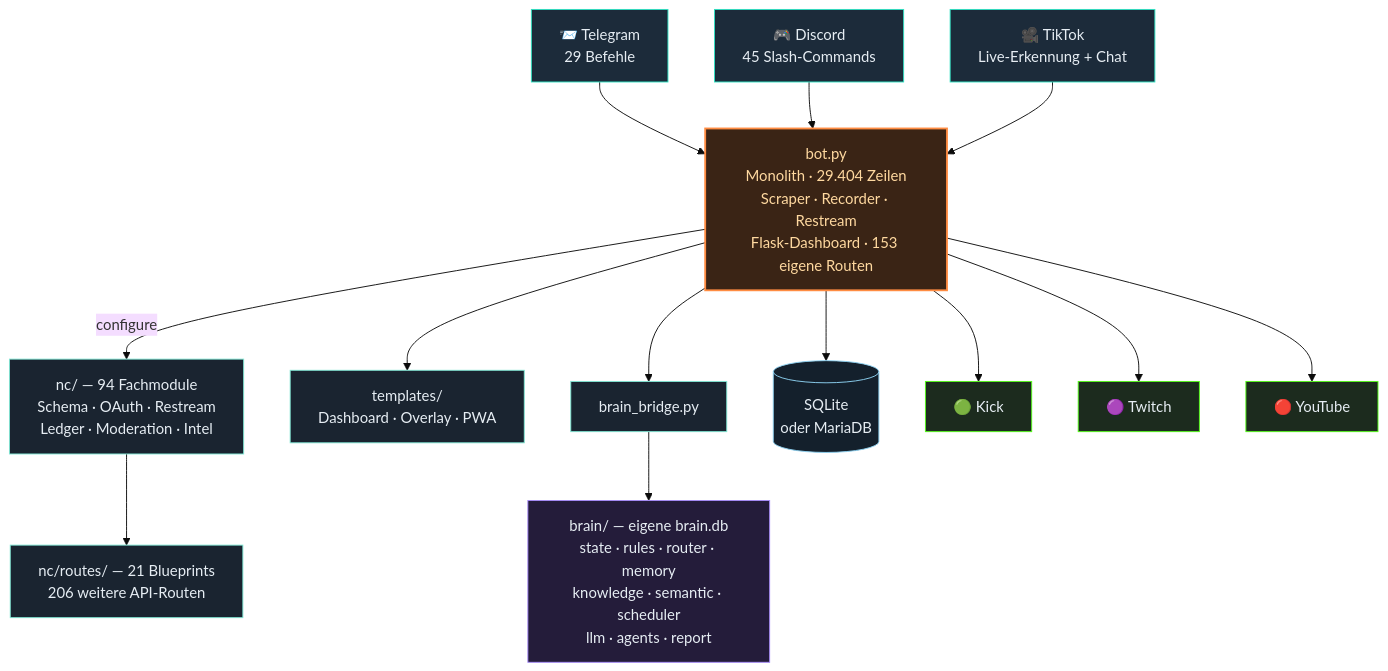
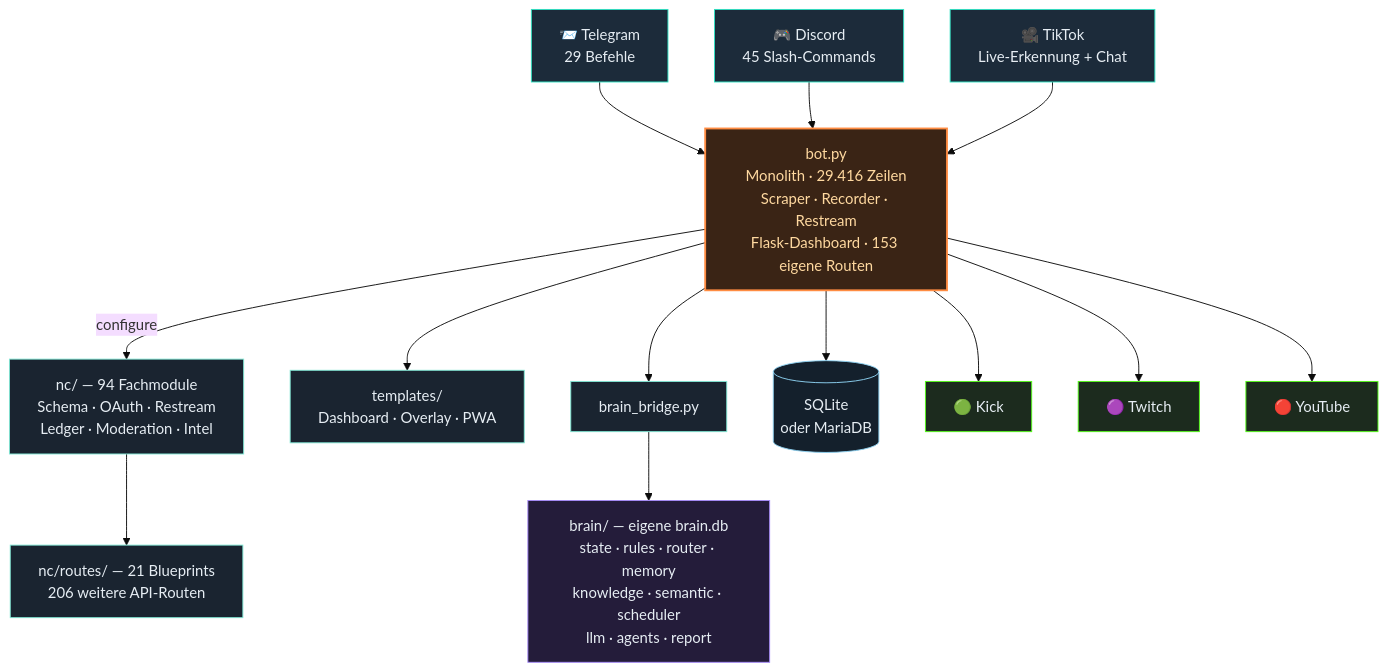
Before and after one commit to itsamemedev/Telegram-Stream-Info-Bot: the third of 4 diagrams in README.md, drawn with Mermaid (base theme). The commit also changed other lines of this file and 11 other files, not shown here.

First line of the commit message:
AZRAELs Claude-Pfad sagte nicht, warum er scheitert (#19)

````diff
--- a/README.md
+++ b/README.md
@@ -189,30 +189,30 @@
 ```mermaid
 flowchart TB
     TG["📨 Telegram<br/>29 Befehle"]:::ein
     DC["🎮 Discord<br/>45 Slash-Commands"]:::ein
     TT["🎥 TikTok<br/>Live-Erkennung + Chat"]:::ein
 
     TG --> BOT
     DC --> BOT
     TT --> BOT
 
-    BOT["bot.py<br/>Monolith · 29.404 Zeilen<br/>Scraper · Recorder · Restream<br/>Flask-Dashboard · 153 eigene Routen"]:::core
+    BOT["bot.py<br/>Monolith · 29.416 Zeilen<br/>Scraper · Recorder · Restream<br/>Flask-Dashboard · 153 eigene Routen"]:::core
 
     BOT -->|configure| NC["nc/ — 94 Fachmodule<br/>Schema · OAuth · Restream<br/>Ledger · Moderation · Intel"]:::lib
     NC --> RT["nc/routes/ — 21 Blueprints<br/>206 weitere API-Routen"]:::lib
     BOT --> TPL["templates/<br/>Dashboard · Overlay · PWA"]:::lib
     BOT --> BR["brain_bridge.py"]:::lib
     BR --> BRAIN["brain/ — eigene brain.db<br/>state · rules · router · memory<br/>knowledge · semantic · scheduler<br/>llm · agents · report"]:::brain
     BOT --> DB[("SQLite<br/>oder MariaDB")]:::db
 
     BOT --> KICK["🟢 Kick"]:::out
     BOT --> TW["🟣 Twitch"]:::out
     BOT --> YT["🔴 YouTube"]:::out
 
     classDef ein fill:#1c2b3a,stroke:#2de1c2,color:#e6edf3
     classDef core fill:#3a2415,stroke:#ff8c42,stroke-width:2px,color:#ffd9a0
     classDef lib fill:#1a2430,stroke:#7fe7d4,color:#e6edf3
     classDef brain fill:#241c3a,stroke:#a78bfa,color:#e6edf3
     classDef db fill:#14202c,stroke:#8fd3f4,color:#e6edf3
     classDef out fill:#1c2b1e,stroke:#53fc18,color:#e6edf3
 ```
````
